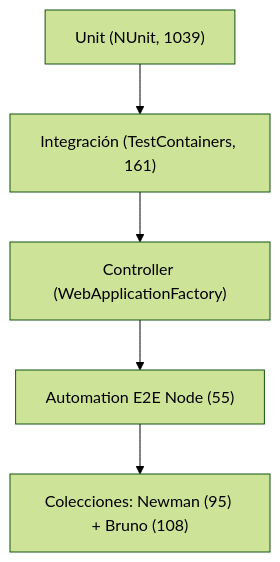
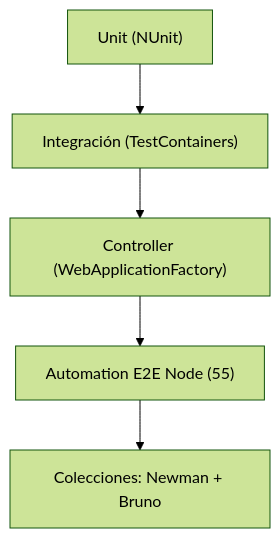
The tenth of 10 diagrams in doc/24-testing.md (joseluisgs/TiendaDawApi-NetCore), drawn with Mermaid (forest theme) before and after one commit. The commit also changed other lines of this file and 5 other files, not shown here.

````diff
--- a/doc/24-testing.md
+++ b/doc/24-testing.md
@@ -2837,7 +2837,7 @@
 ```mermaid
 flowchart TD
-    U["Unit (NUnit, 1039)"] --> I["Integración (TestContainers, 161)"]
+    U["Unit (NUnit)"] --> I["Integración (TestContainers)"]
     I --> C["Controller (WebApplicationFactory)"]
     C --> A["Automation E2E Node (55)"]
-    A --> E["Colecciones: Newman (95) + Bruno (108)"]
+    A --> E["Colecciones: Newman + Bruno"]
 ```
````
